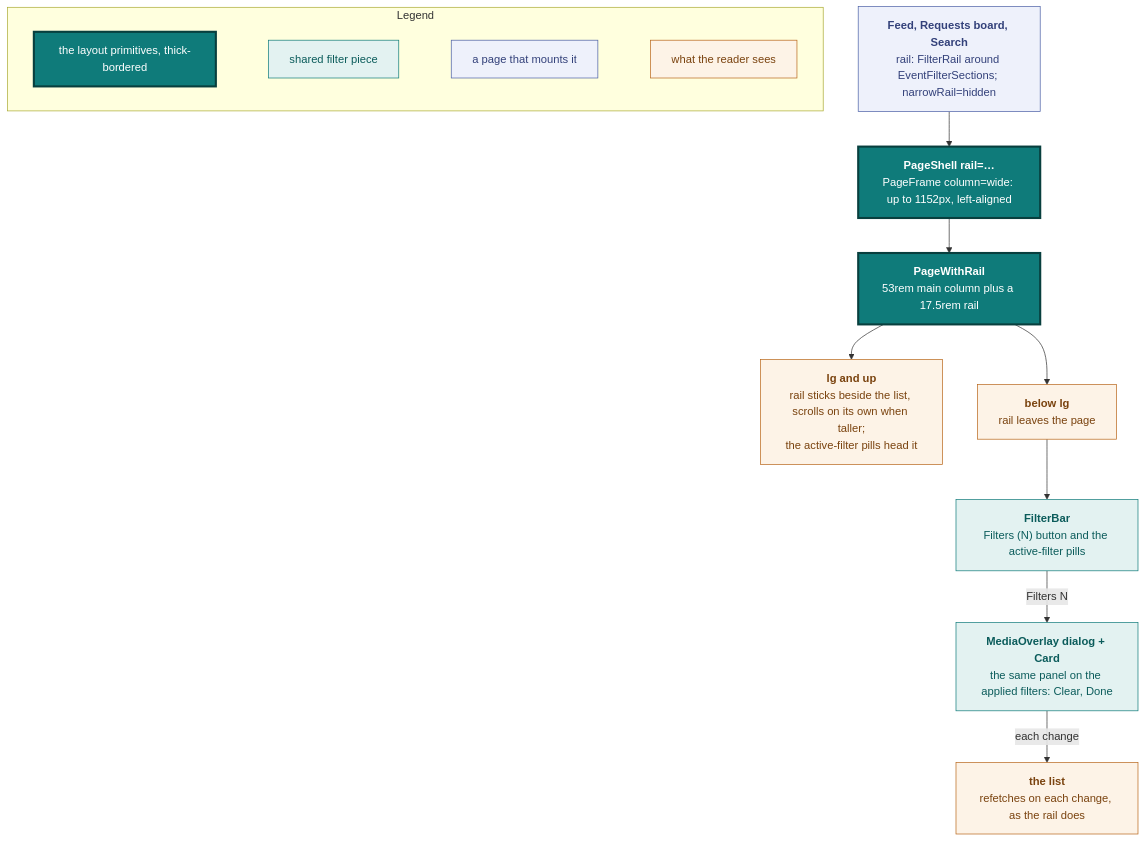
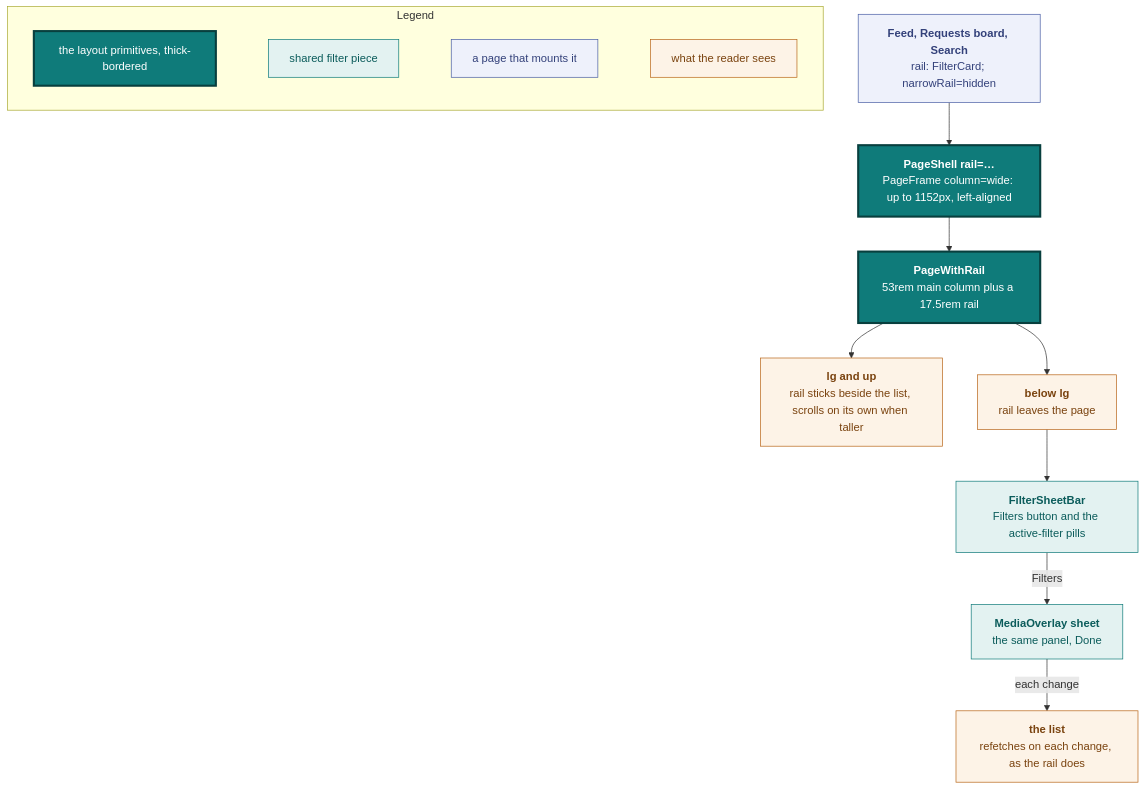
One commit to vidithq/vidit changed the seventh of 23 diagrams in docs/design.md. Above: the diagram before and after it, drawn with Mermaid. The commit also changed other lines of this file and 145 other files, not shown here.

First line of the commit message:
feat: one item, one filter panel, search by kind, sites as rings (#813)

````diff
--- a/docs/design.md
+++ b/docs/design.md
@@ -643,41 +709,40 @@
 ```mermaid
 flowchart TB
   classDef shared fill:#e3f2f1,stroke:#0f7b7a,color:#0b5c5b
   classDef core fill:#0f7b7a,stroke:#083f3e,stroke-width:3px,color:#ffffff
   classDef page fill:#eef1fb,stroke:#4a5fa5,color:#33417a
   classDef state fill:#fdf3e7,stroke:#b8661a,color:#7a430f
 
   subgraph legend [Legend]
     direction LR
     l1["`the layout primitives, thick-bordered`"]:::core
     l2["`shared filter piece`"]:::shared
     l3["`a page that mounts it`"]:::page
     l4["`what the reader sees`"]:::state
     l1 ~~~ l2 ~~~ l3 ~~~ l4
   end
 
   shell["`**PageShell rail=…**
   PageFrame column=wide: up to 1152px, left-aligned`"]:::core
   layout["`**PageWithRail**
   53rem main column plus a 17.5rem rail`"]:::core
   pages["`**Feed, Requests board, Search**
-  rail: FilterRail around EventFilterSections; narrowRail=hidden`"]:::page
+  rail: FilterCard; narrowRail=hidden`"]:::page
   wide["`**lg and up**
-  rail sticks beside the list, scrolls on its own when taller;
-  the active-filter pills head it`"]:::state
+  rail sticks beside the list, scrolls on its own when taller`"]:::state
   narrow["`**below lg**
   rail leaves the page`"]:::state
-  bar["`**FilterBar**
-  Filters (N) button and the active-filter pills`"]:::shared
-  dialog["`**MediaOverlay dialog + Card**
-  the same panel on the applied filters: Clear, Done`"]:::shared
+  bar["`**FilterSheetBar**
+  Filters button and the active-filter pills`"]:::shared
+  sheet["`**MediaOverlay sheet**
+  the same panel, Done`"]:::shared
   list["`**the list**
   refetches on each change, as the rail does`"]:::state
 
   pages --> shell --> layout
   layout --> wide
   layout --> narrow
   narrow --> bar
-  bar -->|Filters N| dialog
-  dialog -->|each change| list
+  bar -->|Filters| sheet
+  sheet -->|each change| list
 ```
````
